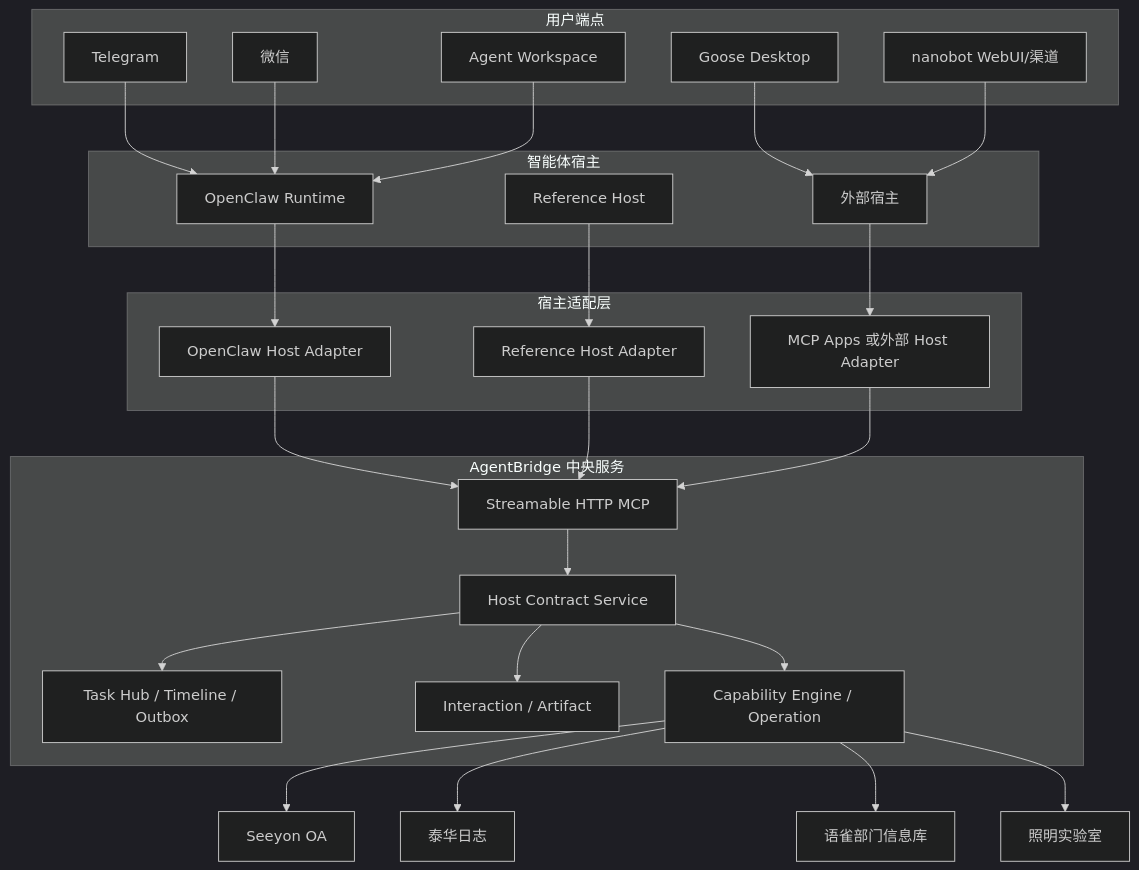
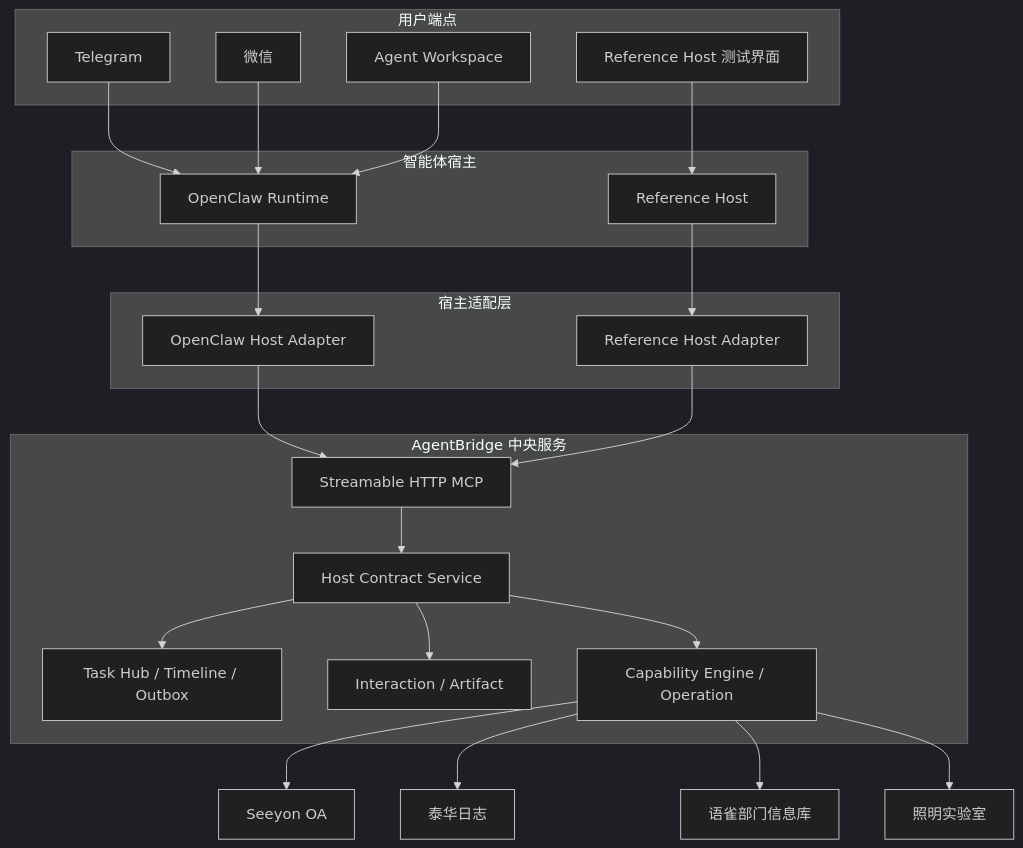
The first of 2 diagrams in docs/架构设计/宿主无关化与标准远程协议接入一期详细设计.md (guomxin/cli-helper), drawn with Mermaid (dark theme) before and after one commit. The commit also changed other lines of this file and 1 other file, not shown here.

Commit message:
docs: narrow host-neutral phase one scope

````diff
--- a/docs/架构设计/宿主无关化与标准远程协议接入一期详细设计.md
+++ b/docs/架构设计/宿主无关化与标准远程协议接入一期详细设计.md
@@ -169,50 +167,44 @@
 ```mermaid
 flowchart TB
     subgraph Clients[用户端点]
         TG[Telegram]
         WX[微信]
         WS[Agent Workspace]
-        GD[Goose Desktop]
-        NB[nanobot WebUI/渠道]
+        RW[Reference Host 测试界面]
     end
 
     subgraph Hosts[智能体宿主]
         OC[OpenClaw Runtime]
         RH[Reference Host]
-        EH[外部宿主]
     end
 
     subgraph Adapters[宿主适配层]
         OCA[OpenClaw Host Adapter]
         RHA[Reference Host Adapter]
-        EHA[MCP Apps 或外部 Host Adapter]
     end
 
     subgraph AgentBridge[AgentBridge 中央服务]
         MCP[Streamable HTTP MCP]
         HC[Host Contract Service]
         TH[Task Hub / Timeline / Outbox]
         IA[Interaction / Artifact]
         CE[Capability Engine / Operation]
     end
 
     TG --> OC
     WX --> OC
     WS --> OC
-    GD --> EH
-    NB --> EH
+    RW --> RH
     OC --> OCA
     RH --> RHA
-    EH --> EHA
     OCA --> MCP
     RHA --> MCP
-    EHA --> MCP
     MCP --> HC
     HC --> TH
     HC --> IA
     HC --> CE
     CE --> OA[Seeyon OA]
     CE --> TW[泰华日志]
     CE --> YQ[语雀部门信息库]
     CE --> SL[照明实验室]
 ```
````
